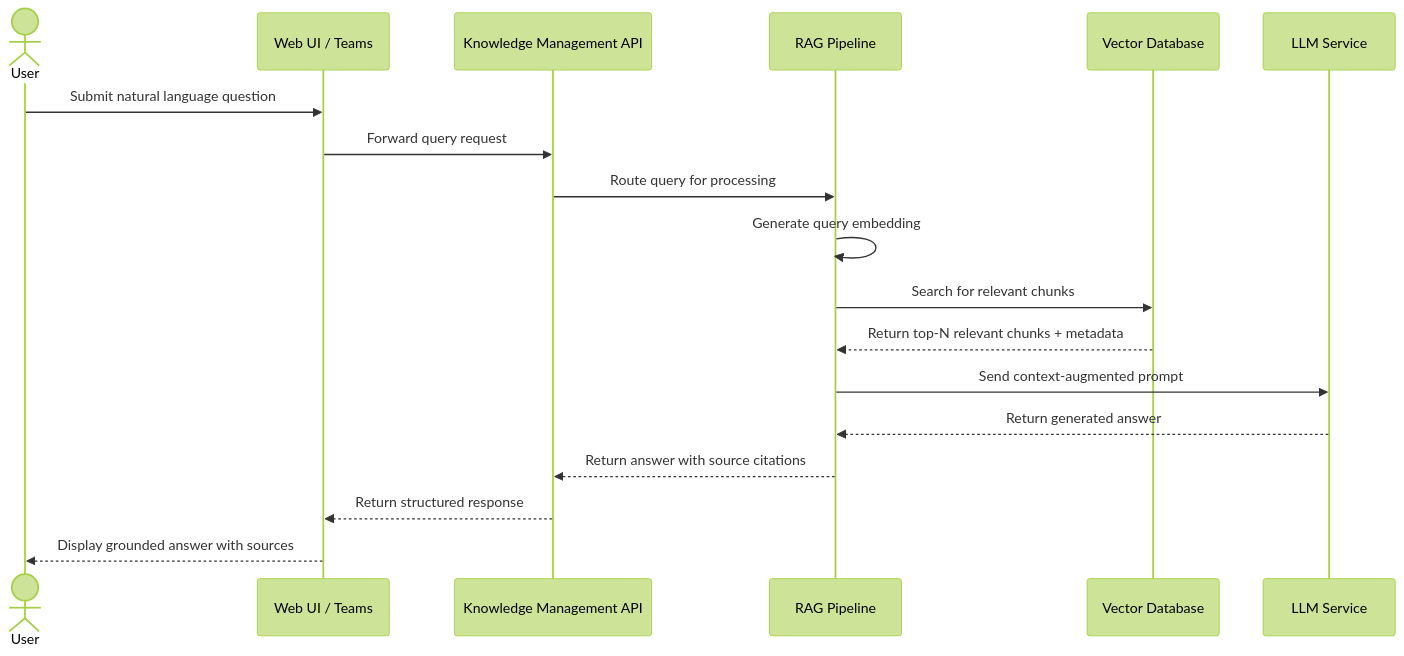
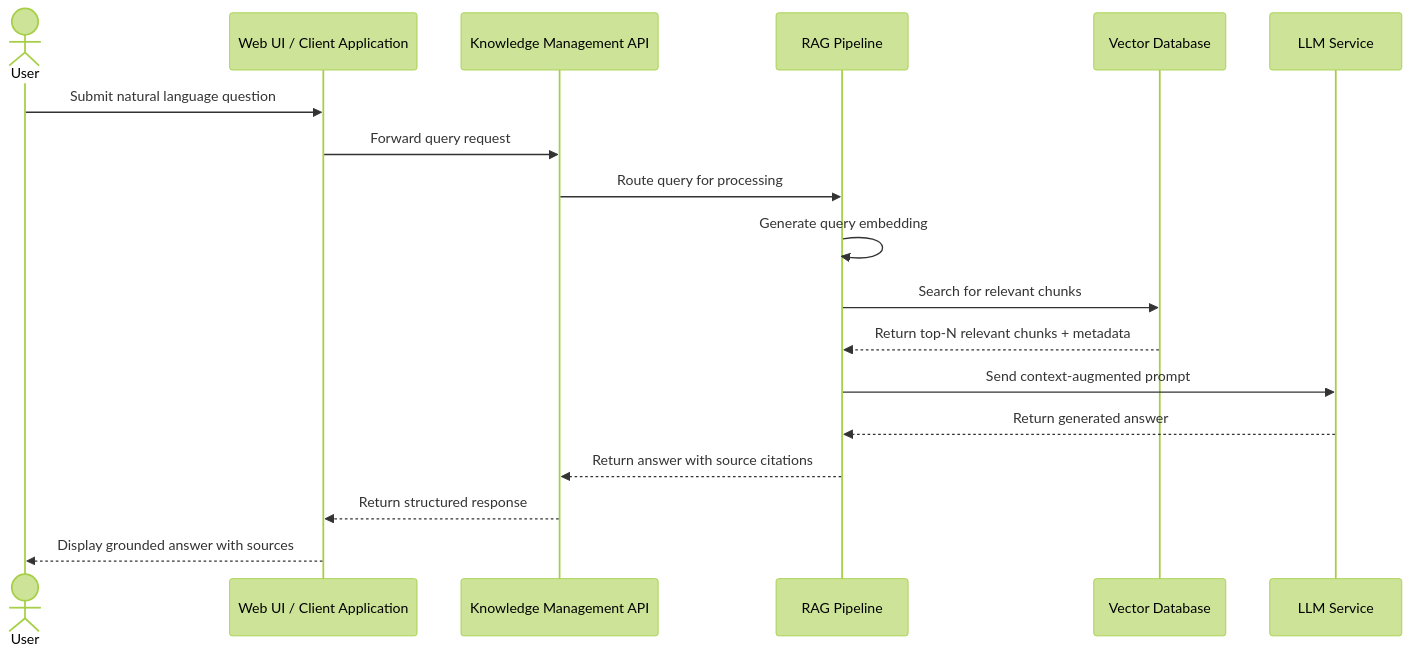
One commit to Knowledge-Management-Agent/knowledge-management-agent changed the second of 2 diagrams in Knowledge-Management-Agent-PoC.md. Above: the diagram before and after it, drawn with Mermaid (forest theme). The commit also changed other lines of this file, not shown here.

````diff
--- a/Knowledge-Management-Agent-PoC.md
+++ b/Knowledge-Management-Agent-PoC.md
@@ -350,21 +350,21 @@
 ```mermaid
 sequenceDiagram
     actor User
-    participant WebUI as Web UI / Teams
+    participant WebUI as Web UI / Client Application
     participant API as Knowledge Management API
     participant RAG as RAG Pipeline
     participant VDB as Vector Database
     participant LLM as LLM Service
 
     User->>WebUI: Submit natural language question
     WebUI->>API: Forward query request
     API->>RAG: Route query for processing
     RAG->>RAG: Generate query embedding
     RAG->>VDB: Search for relevant chunks
     VDB-->>RAG: Return top-N relevant chunks + metadata
     RAG->>LLM: Send context-augmented prompt
     LLM-->>RAG: Return generated answer
     RAG-->>API: Return answer with source citations
     API-->>WebUI: Return structured response
     WebUI-->>User: Display grounded answer with sources
 ```
````
